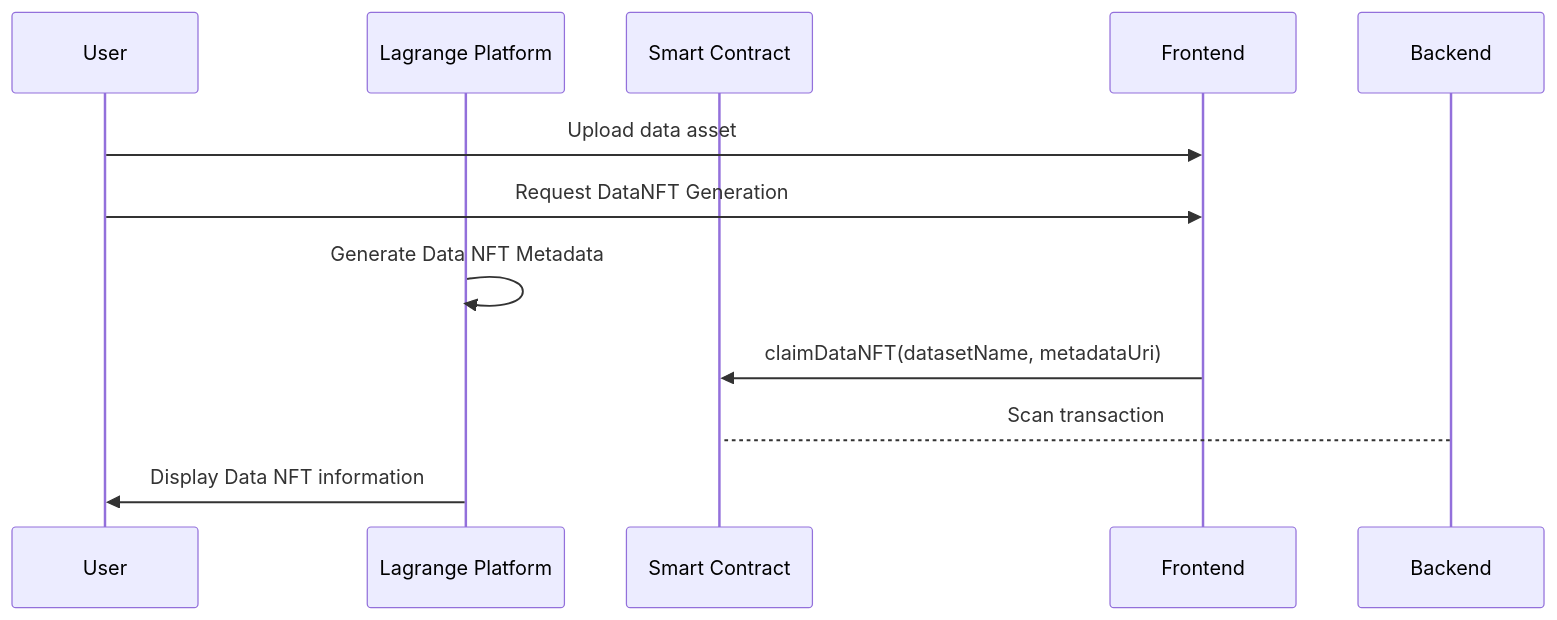
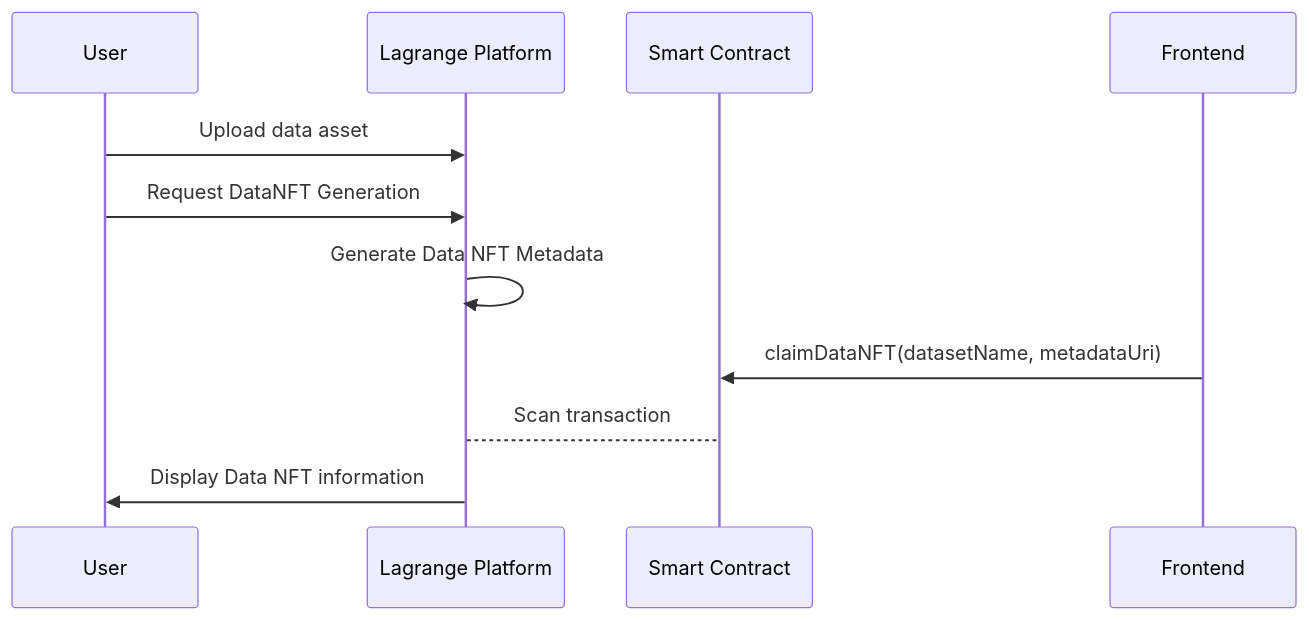
One commit to lagrangedao/datanft changed the diagram in README.md. Above: the diagram before and after it, drawn with Mermaid.

Commit message:
combine frontend backend in flowchart

````diff
--- a/README.md
+++ b/README.md
@@ -26,12 +26,12 @@
 ```mermaid
 sequenceDiagram;
   participant User
   participant Lagrange Platform
   participant Smart Contract
-    User->>Frontend: Upload data asset;
-    User->>Frontend: Request DataNFT Generation
+    User->>Lagrange Platform: Upload data asset;
+    User->>Lagrange Platform: Request DataNFT Generation
     Lagrange Platform->>Lagrange Platform: Generate Data NFT Metadata
     Frontend->>Smart Contract: claimDataNFT(datasetName, metadataUri)
-    Backend-->Smart Contract: Scan transaction
+    Lagrange Platform-->Smart Contract: Scan transaction
     Lagrange Platform->>User: Display Data NFT information
 ```
````
